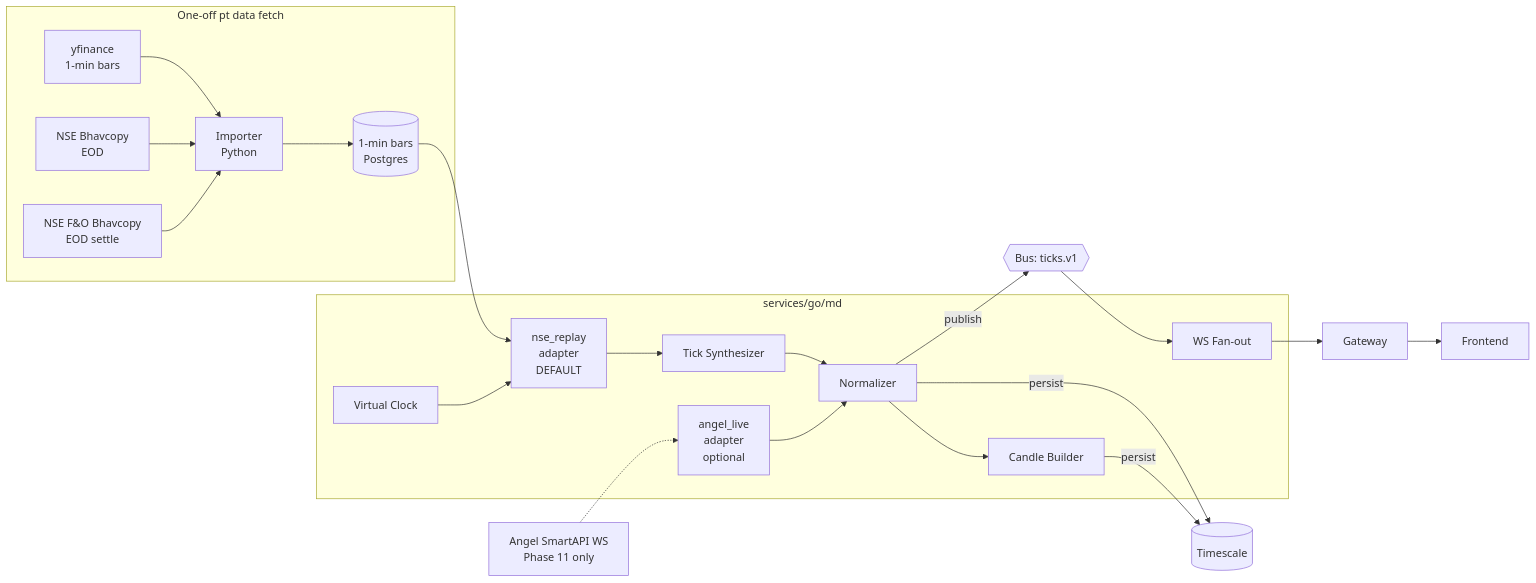
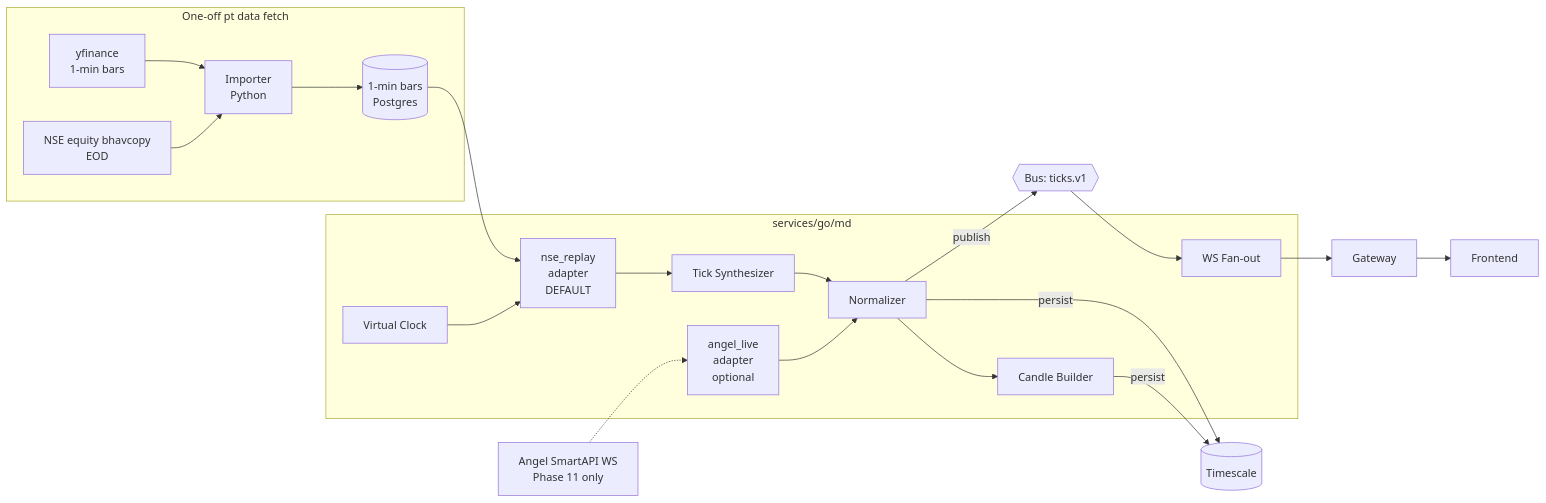
One commit to ganesh31/papertrading changed the diagram in docs/phases/phase-01-market-data.md. Above: the diagram before and after it, drawn with Mermaid. The commit also changed other lines of this file and 1 other file, not shown here.

First line of the commit message:
docs(docs): :pencil: update phase 01 market_data

````diff
--- a/docs/phases/phase-01-market-data.md
+++ b/docs/phases/phase-01-market-data.md
@@ -41,36 +41,36 @@
 ```mermaid
 flowchart LR
   subgraph MD["services/go/md"]
     ADP1[angel_live<br/>adapter<br/>optional]
     ADP2[nse_replay<br/>adapter<br/>DEFAULT]
     SYN[Tick Synthesizer]
     NRM[Normalizer]
     CLK[Virtual Clock]
     AGG[Candle Builder]
     WS[WS Fan-out]
   end
 
   ANG[Angel SmartAPI WS<br/>Phase 11 only] -.-> ADP1
   BARS[(1-min bars<br/>Postgres)] --> ADP2
   ADP2 --> SYN
   SYN --> NRM
   ADP1 --> NRM
   CLK --> ADP2
   NRM -->|persist| PG[(Timescale)]
   NRM -->|publish| BUS{{Bus: ticks.v1}}
   NRM --> AGG
   AGG -->|persist| PG
   BUS --> WS
   WS --> GW[Gateway] --> FE[Frontend]
 
   subgraph Seed["One-off pt data fetch"]
     YF[yfinance<br/>1-min bars]
-    BHV[NSE Bhavcopy<br/>EOD]
-    FOBHV[NSE F&O Bhavcopy<br/>EOD settle]
+    BHV[NSE equity bhavcopy<br/>EOD]
     IMP[Importer<br/>Python]
     YF --> IMP
     BHV --> IMP
-    FOBHV --> IMP
     IMP --> BARS
   end
+
+  %% F&O bhavcopy / NFO seed — deferred to NFO asset module (not Phase 1)
 ```
````
